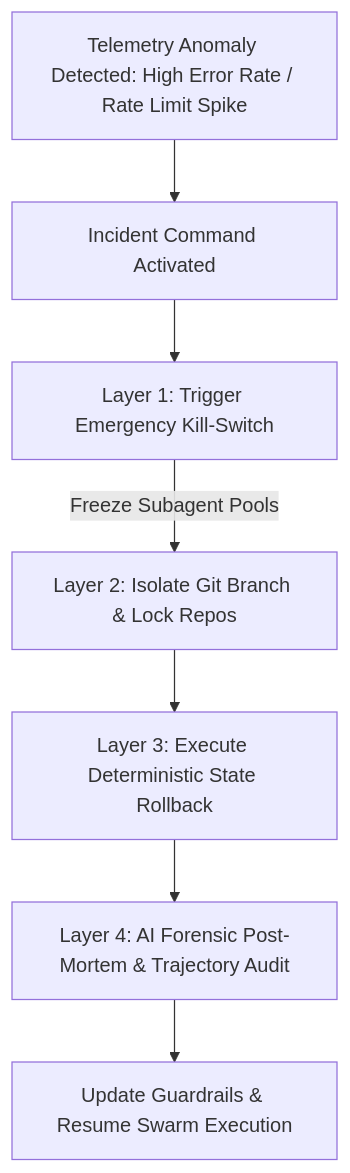
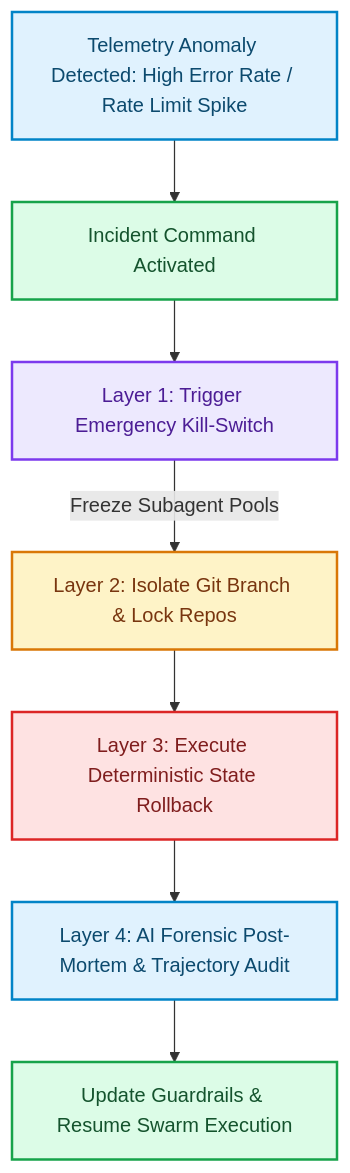
Before and after one commit to akmalkhaniub/akmalkhaniub.github.io: the diagram in blog/posts/tech-lead-incident-command-triaging-autonomous-agent-outages.md, drawn with Mermaid. The commit also changed other lines of this file and 1291 other files, not shown here.

First line of the commit message:
feat(catalog): unique covers, scholarly references, and diagram palettes

````diff
--- a/blog/posts/tech-lead-incident-command-triaging-autonomous-agent-outages.md
+++ b/blog/posts/tech-lead-incident-command-triaging-autonomous-agent-outages.md
@@ -15,9 +15,20 @@
 ```mermaid
 flowchart TD
-  A[Telemetry Anomaly Detected: High Error Rate / Rate Limit Spike] --> B[Incident Command Activated]
-  B --> C[Layer 1: Trigger Emergency Kill-Switch]
-  C -->|Freeze Subagent Pools| D[Layer 2: Isolate Git Branch & Lock Repos]
-  D --> E[Layer 3: Execute Deterministic State Rollback]
-  E --> F[Layer 4: AI Forensic Post-Mortem & Trajectory Audit]
-  F --> G[Update Guardrails & Resume Swarm Execution]
+  A["Telemetry Anomaly Detected: High Error Rate / Rate Limit Spike"] --> B["Incident Command Activated"]
+  B --> C["Layer 1: Trigger Emergency Kill-Switch"]
+  C -->|Freeze Subagent Pools| D["Layer 2: Isolate Git Branch & Lock Repos"]
+  D --> E["Layer 3: Execute Deterministic State Rollback"]
+  E --> F["Layer 4: AI Forensic Post-Mortem & Trajectory Audit"]
+  F --> G["Update Guardrails & Resume Swarm Execution"]
+
+classDef green fill:#dcfce7,stroke:#16a34a,stroke-width:2px,color:#14532d;
+classDef red fill:#fee2e2,stroke:#dc2626,stroke-width:2px,color:#7f1d1d;
+classDef blue fill:#e0f2fe,stroke:#0284c7,stroke-width:2px,color:#0c4a6e;
+classDef yellow fill:#fef3c7,stroke:#d97706,stroke-width:2px,color:#78350f;
+classDef purple fill:#ede9fe,stroke:#7c3aed,stroke-width:2px,color:#4c1d95;
+class A,F blue
+class B,G green
+class C purple
+class D yellow
+class E red
 ```
````
